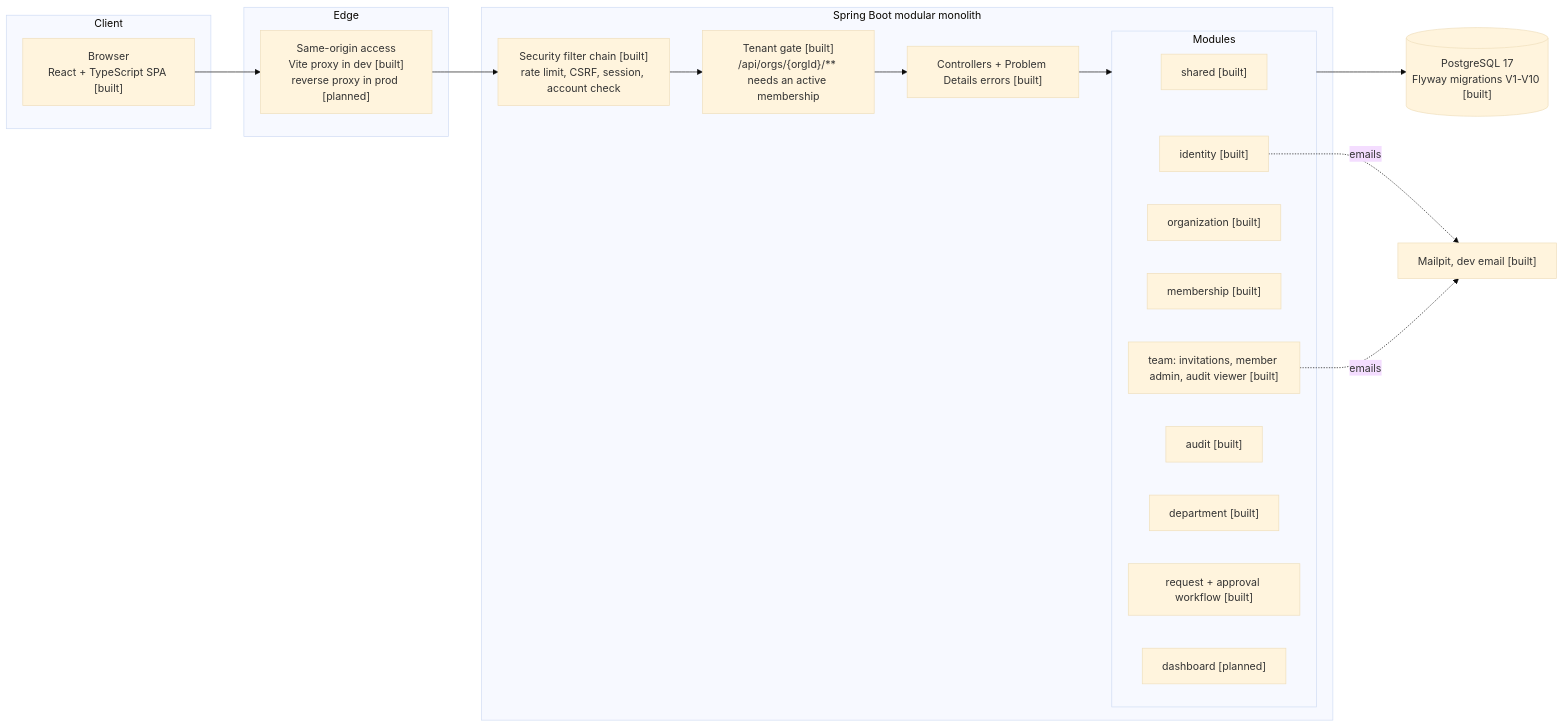
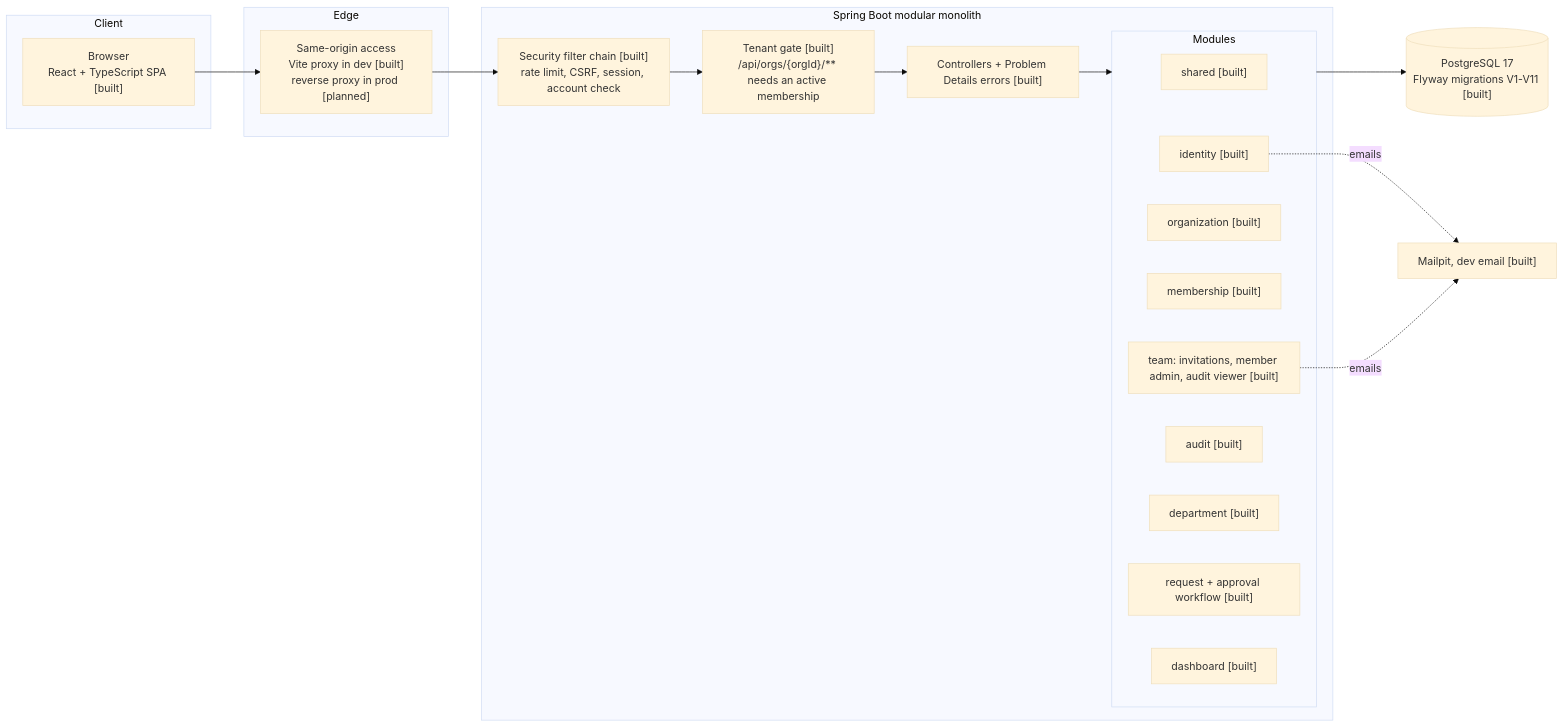
One commit to youssef-naj/nexus changed the first of 2 diagrams in docs/architecture.md. Above: the diagram before and after it, drawn with Mermaid (base theme). The commit also changed other lines of this file and 30 other files, not shown here.

````diff
--- a/docs/architecture.md
+++ b/docs/architecture.md
@@ -9,32 +9,32 @@
 ```mermaid
 flowchart LR
   subgraph Client
     B["Browser<br/>React + TypeScript SPA [built]"]
   end
   subgraph Edge
     P["Same-origin access<br/>Vite proxy in dev [built]<br/>reverse proxy in prod [planned]"]
   end
   subgraph App["Spring Boot modular monolith"]
     SEC["Security filter chain [built]<br/>rate limit, CSRF, session, account check"]
     GATE["Tenant gate [built]<br/>/api/orgs/{orgId}/** needs an active membership"]
     API["Controllers + Problem Details errors [built]"]
     subgraph Modules
       SH["shared [built]"]
       ID["identity [built]"]
       ORG["organization [built]"]
       MEM["membership [built]"]
       TEAM["team: invitations, member admin, audit viewer [built]"]
       AUD["audit [built]"]
       DEP["department [built]"]
       REQ["request + approval workflow [built]"]
-      DASH["dashboard [planned]"]
+      DASH["dashboard [built]"]
     end
   end
-  DB[("PostgreSQL 17<br/>Flyway migrations V1-V10 [built]")]
+  DB[("PostgreSQL 17<br/>Flyway migrations V1-V11 [built]")]
   MAIL["Mailpit, dev email [built]"]
 
   B --> P --> SEC --> GATE --> API --> Modules
   Modules --> DB
   ID -. emails .-> MAIL
   TEAM -. emails .-> MAIL
 ```
````
